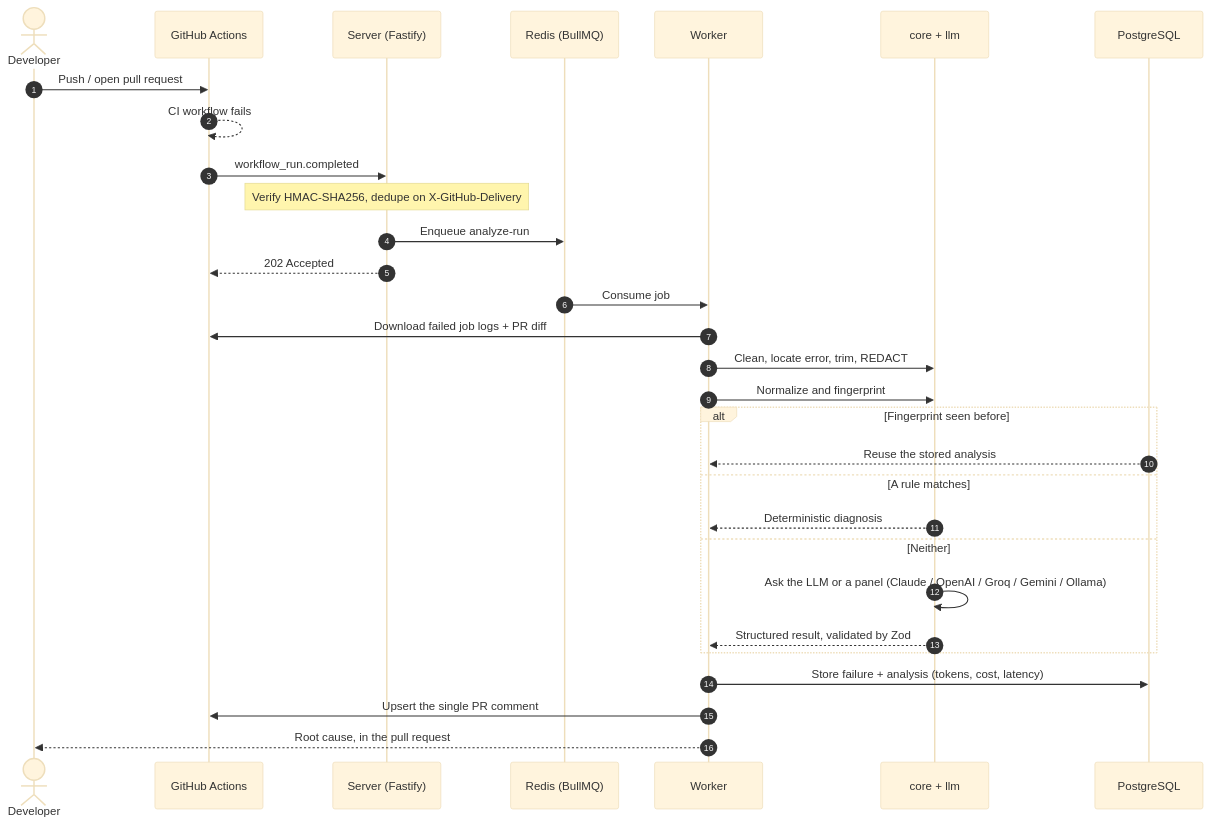
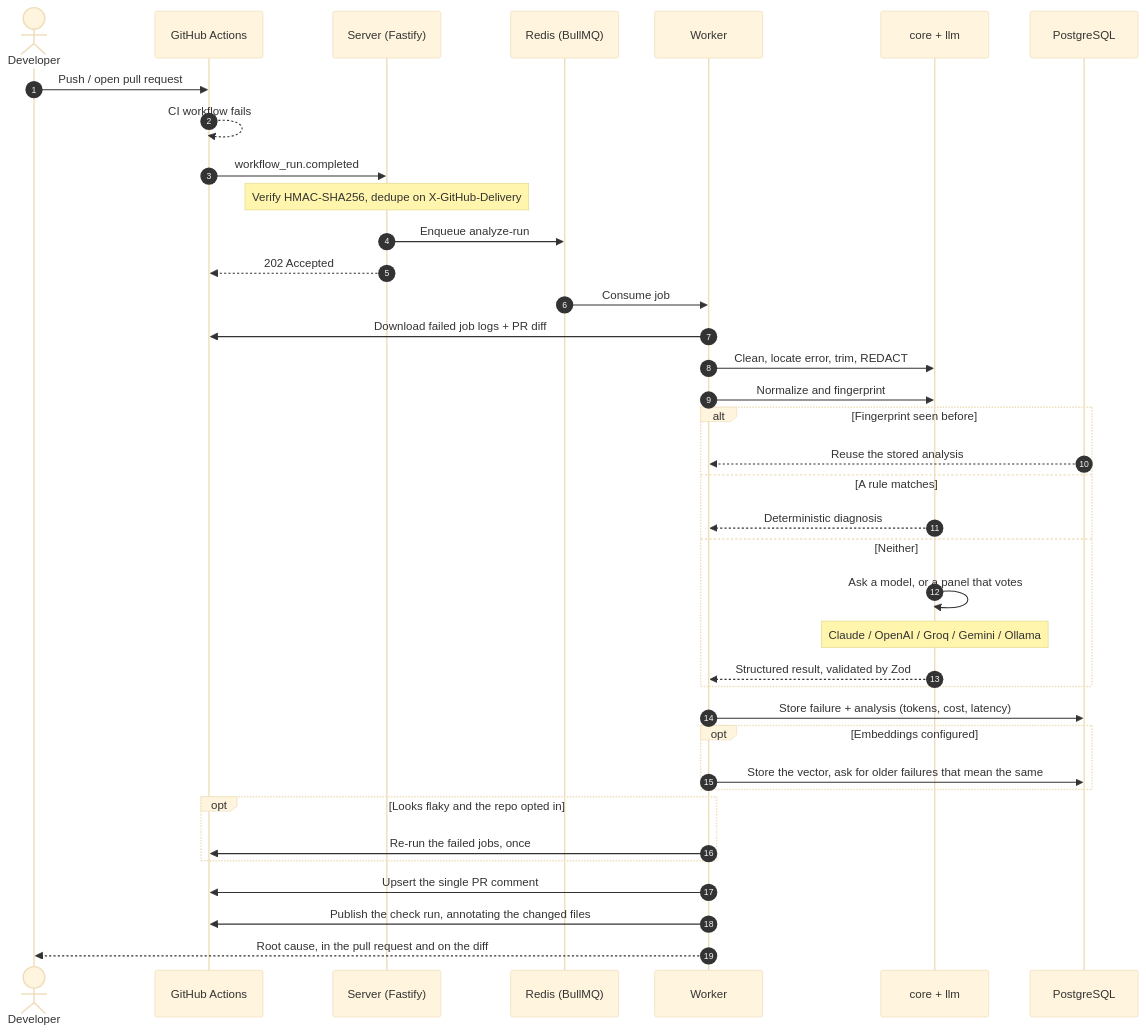
One commit to hsanjebri/Logsy changed the diagram in README.md. Above: the diagram before and after it, drawn with Mermaid (base theme). The commit also changed other lines of this file and 7 other files, not shown here.

````diff
--- a/README.md
+++ b/README.md
@@ -106,36 +171,44 @@
 ```mermaid
 sequenceDiagram
     autonumber
     actor Dev as Developer
     participant GH as GitHub Actions
     participant API as Server (Fastify)
     participant Queue as Redis (BullMQ)
     participant Worker as Worker
     participant Engine as core + llm
     participant DB as PostgreSQL
 
     Dev->>GH: Push / open pull request
     GH-->>GH: CI workflow fails
     GH->>API: workflow_run.completed
     Note over API: Verify HMAC-SHA256, dedupe on X-GitHub-Delivery
     API->>Queue: Enqueue analyze-run
     API-->>GH: 202 Accepted
 
     Queue->>Worker: Consume job
     Worker->>GH: Download failed job logs + PR diff
     Worker->>Engine: Clean, locate error, trim, REDACT
     Worker->>Engine: Normalize and fingerprint
 
     alt Fingerprint seen before
         DB-->>Worker: Reuse the stored analysis
     else A rule matches
         Engine-->>Worker: Deterministic diagnosis
     else Neither
-        Engine->>Engine: Ask the LLM or a panel (Claude / OpenAI / Groq / Gemini / Ollama)
+        Engine->>Engine: Ask a model, or a panel that votes
+        Note over Engine: Claude / OpenAI / Groq / Gemini / Ollama
         Engine-->>Worker: Structured result, validated by Zod
     end
 
     Worker->>DB: Store failure + analysis (tokens, cost, latency)
+    opt Embeddings configured
+        Worker->>DB: Store the vector, ask for older failures that mean the same
+    end
+    opt Looks flaky and the repo opted in
+        Worker->>GH: Re-run the failed jobs, once
+    end
     Worker->>GH: Upsert the single PR comment
-    Worker-->>Dev: Root cause, in the pull request
+    Worker->>GH: Publish the check run, annotating the changed files
+    Worker-->>Dev: Root cause, in the pull request and on the diff
 ```
````
